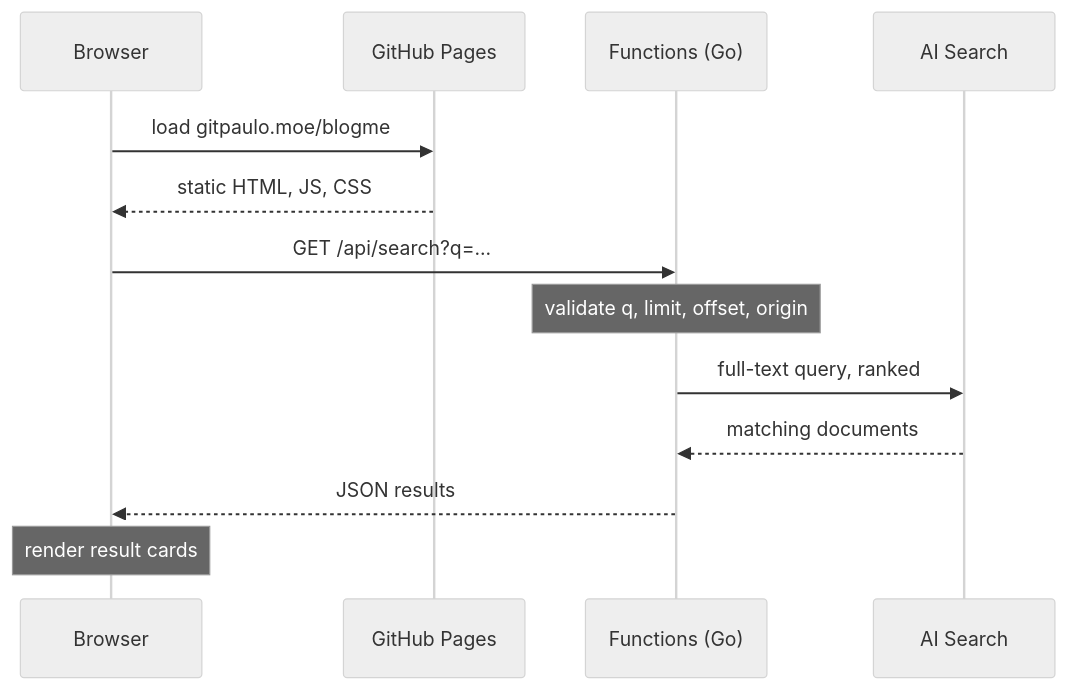
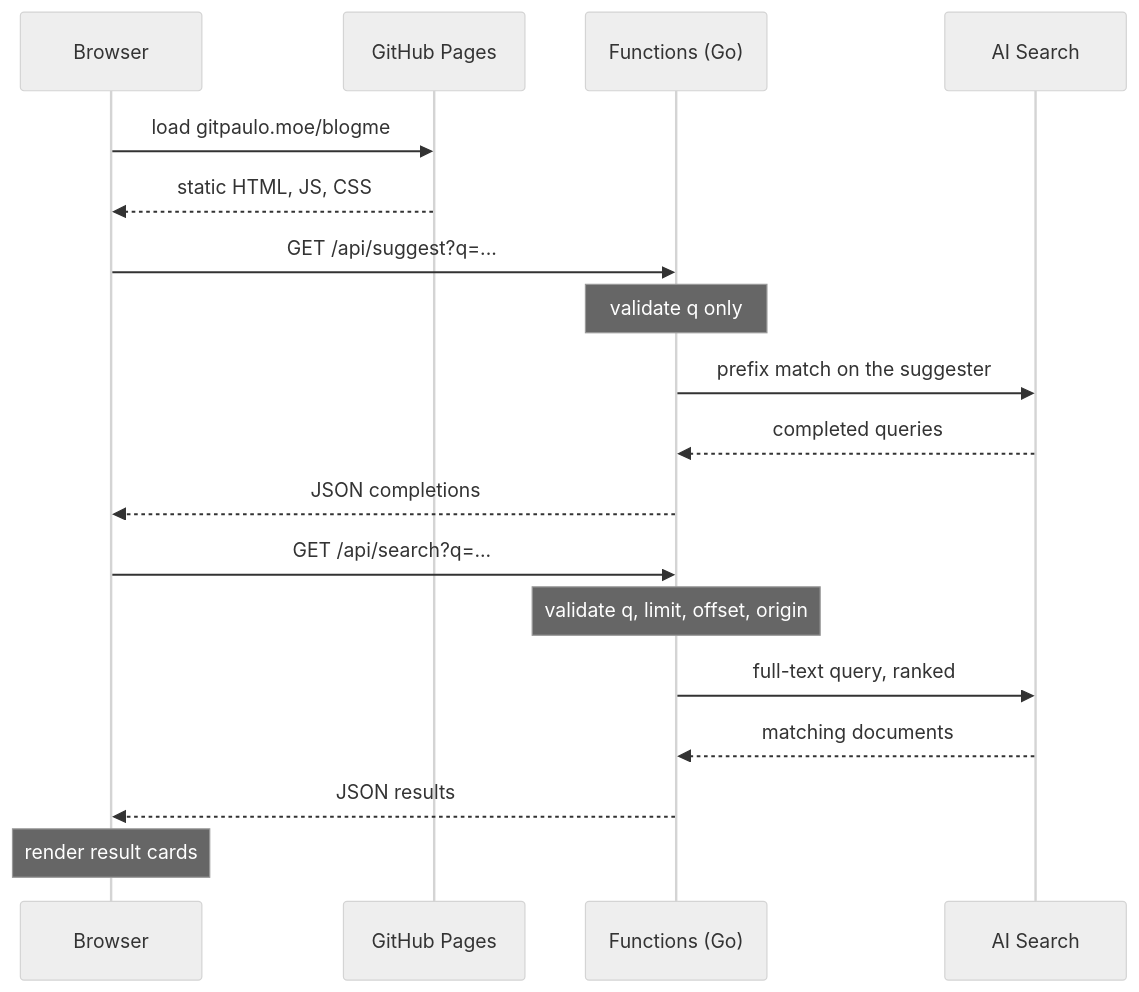
Before and after one commit to GitPaulo/blogme: the third of 5 diagrams in docs/how-it-works.md, drawn with Mermaid (neutral theme). The commit also changed other lines of this file and 17 other files, not shown here.

````diff
--- a/docs/how-it-works.md
+++ b/docs/how-it-works.md
@@ -130,16 +130,21 @@
 ```mermaid
 sequenceDiagram
     participant U as Browser
     participant P as GitHub Pages
     participant F as Functions (Go)
     participant S as AI Search
 
     U->>P: load gitpaulo.moe/blogme
     P-->>U: static HTML, JS, CSS
+    U->>F: GET /api/suggest?q=...
+    Note over F: validate q only
+    F->>S: prefix match on the suggester
+    S-->>F: completed queries
+    F-->>U: JSON completions
     U->>F: GET /api/search?q=...
     Note over F: validate q, limit, offset, origin
     F->>S: full-text query, ranked
     S-->>F: matching documents
     F-->>U: JSON results
     Note over U: render result cards
 ```
````
